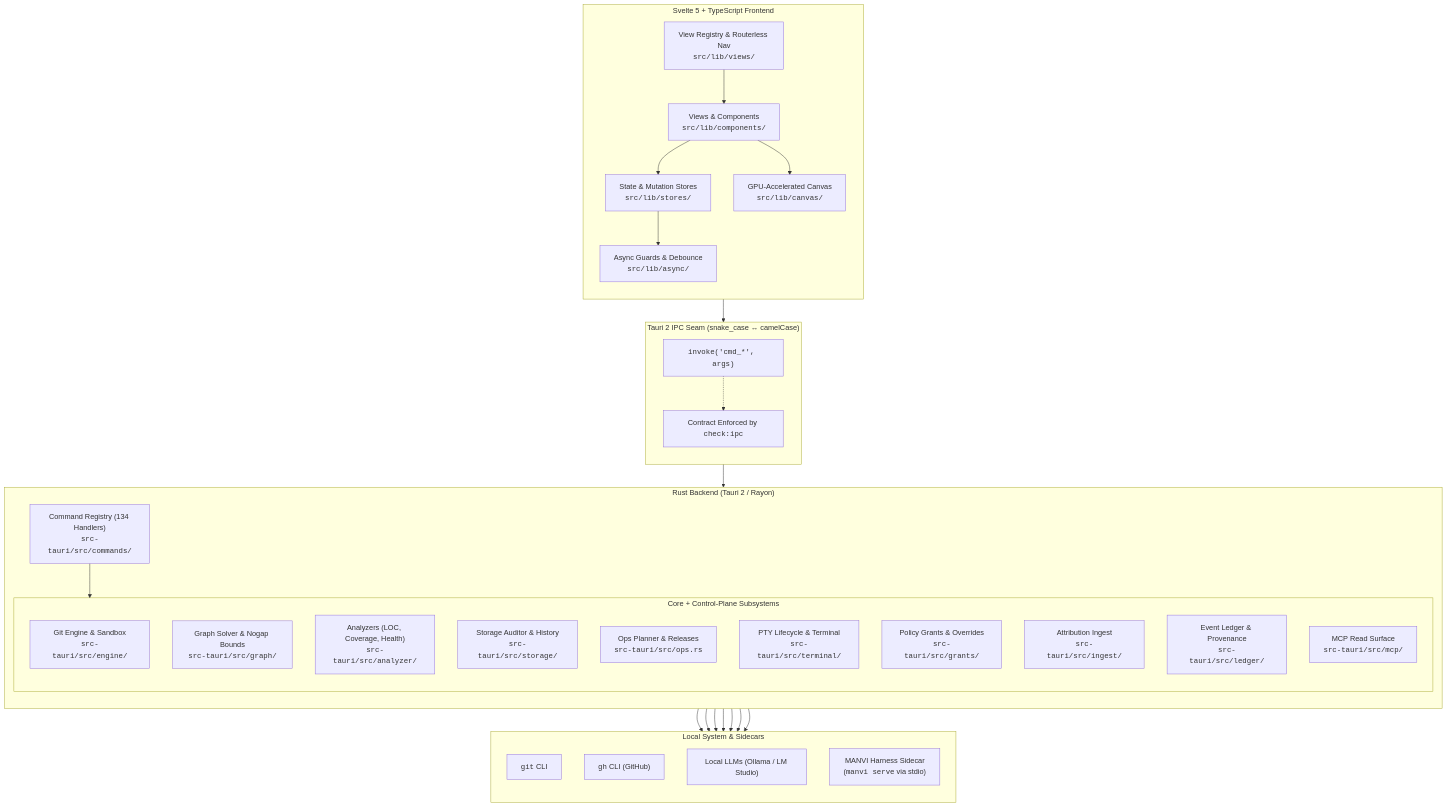
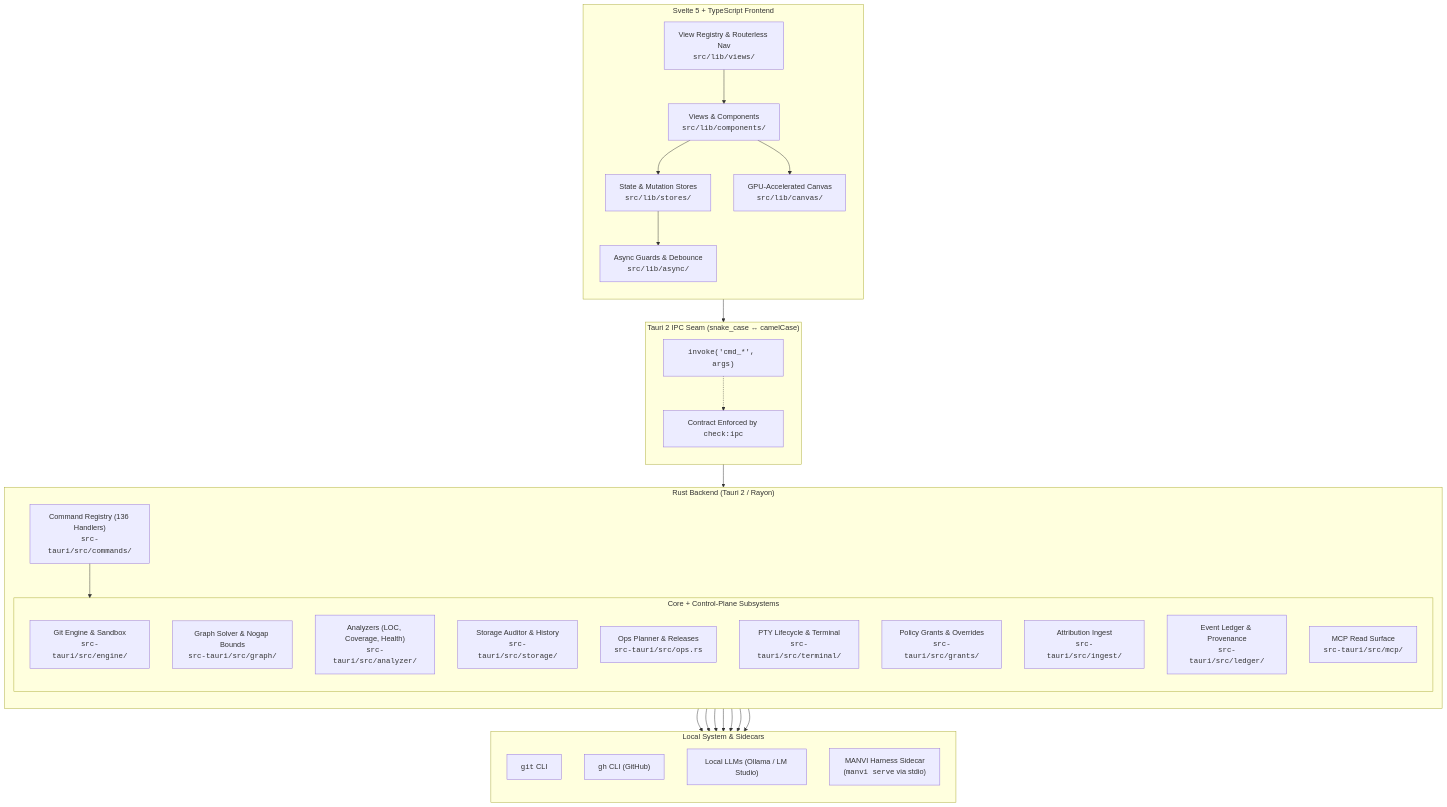
One commit to bharathvbcr/GitPulse changed the first of 4 diagrams in docs/ARCHITECTURE.md. Above: the diagram before and after it, drawn with Mermaid. The commit also changed other lines of this file and 199 other files, not shown here.

````diff
--- a/docs/ARCHITECTURE.md
+++ b/docs/ARCHITECTURE.md
@@ -5,61 +5,61 @@
 ```mermaid
 flowchart TB
     subgraph Frontend["Svelte 5 + TypeScript Frontend"]
         direction TB
         UI["Views & Components<br/><code>src/lib/components/</code>"]
         Stores["State & Mutation Stores<br/><code>src/lib/stores/</code>"]
         Registry["View Registry & Routerless Nav<br/><code>src/lib/views/</code>"]
         Canvas["GPU-Accelerated Canvas<br/><code>src/lib/canvas/</code>"]
         Async["Async Guards & Debounce<br/><code>src/lib/async/</code>"]
         
         UI --> Stores
         UI --> Canvas
         Stores --> Async
         Registry --> UI
     end
 
     subgraph IPC["Tauri 2 IPC Seam (snake_case ↔ camelCase)"]
         direction TB
         Invoke["<code>invoke('cmd_*', args)</code>"]
         ContractCheck["Contract Enforced by <code>check:ipc</code>"]
         Invoke -.-> ContractCheck
     end
 
     subgraph Backend["Rust Backend (Tauri 2 / Rayon)"]
         direction TB
-        CmdRegistry["Command Registry (134 Handlers)<br/><code>src-tauri/src/commands/</code>"]
+        CmdRegistry["Command Registry (136 Handlers)<br/><code>src-tauri/src/commands/</code>"]
         
         subgraph Subsystems["Core + Control-Plane Subsystems"]
             GitEngine["Git Engine & Sandbox<br/><code>src-tauri/src/engine/</code>"]
             GraphSolver["Graph Solver & Nogap Bounds<br/><code>src-tauri/src/graph/</code>"]
             Analyzers["Analyzers (LOC, Coverage, Health)<br/><code>src-tauri/src/analyzer/</code>"]
             StorageAuditor["Storage Auditor & History<br/><code>src-tauri/src/storage/</code>"]
             OpsPlanner["Ops Planner & Releases<br/><code>src-tauri/src/ops.rs</code>"]
             PtyTerminal["PTY Lifecycle & Terminal<br/><code>src-tauri/src/terminal/</code>"]
             Grants["Policy Grants & Overrides<br/><code>src-tauri/src/grants/</code>"]
             Ingest["Attribution Ingest<br/><code>src-tauri/src/ingest/</code>"]
             Ledger["Event Ledger & Provenance<br/><code>src-tauri/src/ledger/</code>"]
             MCP["MCP Read Surface<br/><code>src-tauri/src/mcp/</code>"]
         end
         
         CmdRegistry --> Subsystems
     end
 
     subgraph External["Local System & Sidecars"]
         direction TB
         LocalGit["<code>git</code> CLI"]
         LocalGh["<code>gh</code> CLI (GitHub)"]
         LocalLLM["Local LLMs (Ollama / LM Studio)"]
         ManviSidecar["MANVI Harness Sidecar<br/>(<code>manvi serve</code> via stdio)"]
     end
 
     Async --> Invoke
     Invoke --> CmdRegistry
     GitEngine --> LocalGit
     Analyzers --> LocalGit
     Analyzers --> LocalGh
     Analyzers --> LocalLLM
     OpsPlanner --> LocalGh
     OpsPlanner --> ManviSidecar
     Subsystems --> ManviSidecar
 ```
````
